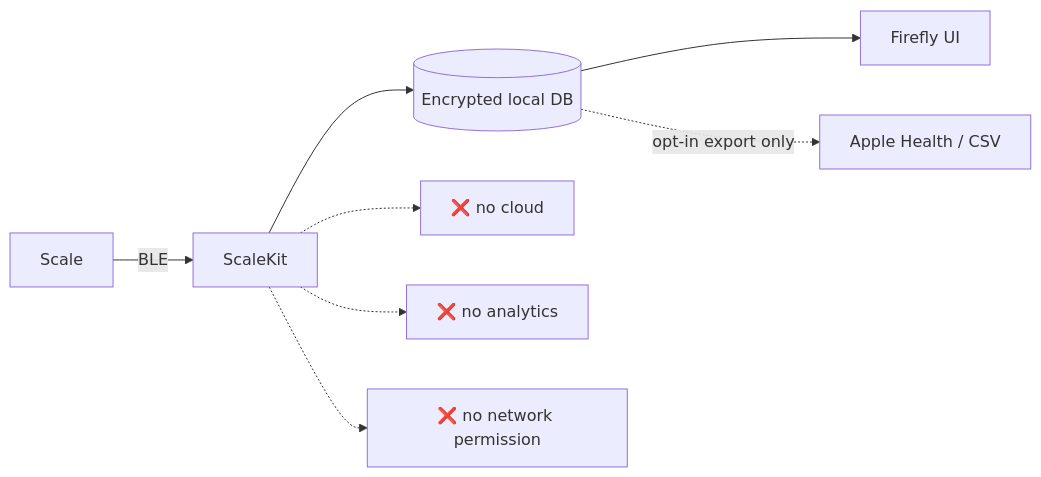
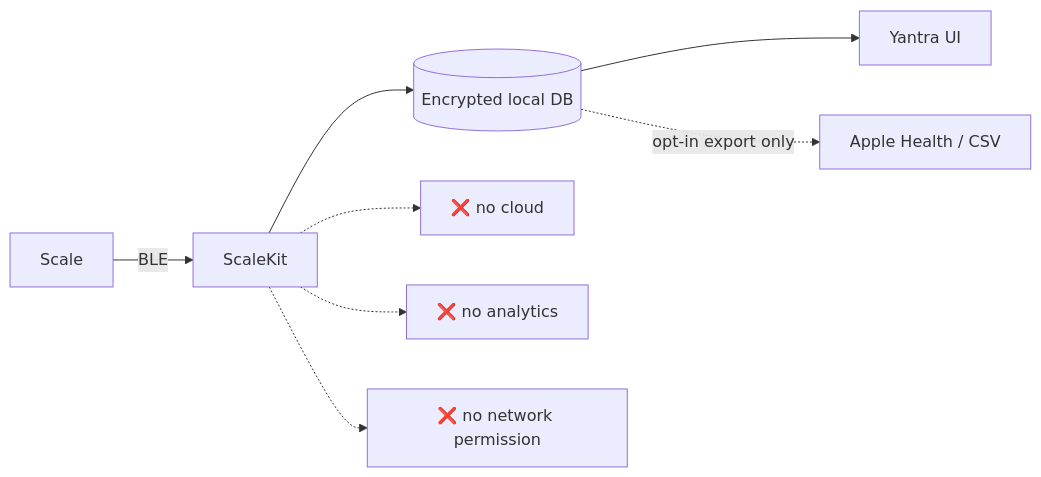
One commit to kulkahr/yantra changed the eighth of 9 diagrams in docs/DIAGRAMS.md. Above: the diagram before and after it, drawn with Mermaid. The commit also changed other lines of this file and 29 other files, not shown here.

First line of the commit message:
Rebrand Firefly to Yantra across app, tests, docs and bundle id

````diff
--- a/docs/DIAGRAMS.md
+++ b/docs/DIAGRAMS.md
@@ -228,10 +228,10 @@
 ```mermaid
 graph LR
     SCALE[Scale] -->|BLE| SK[ScaleKit]
     SK --> DB[(Encrypted local DB)]
-    DB --> UI[Firefly UI]
+    DB --> UI[Yantra UI]
     DB -.->|opt-in export only| HK[Apple Health / CSV]
     SK -.-> X1["❌ no cloud"]
     SK -.-> X2["❌ no analytics"]
     SK -.-> X3["❌ no network permission"]
 ```
````
